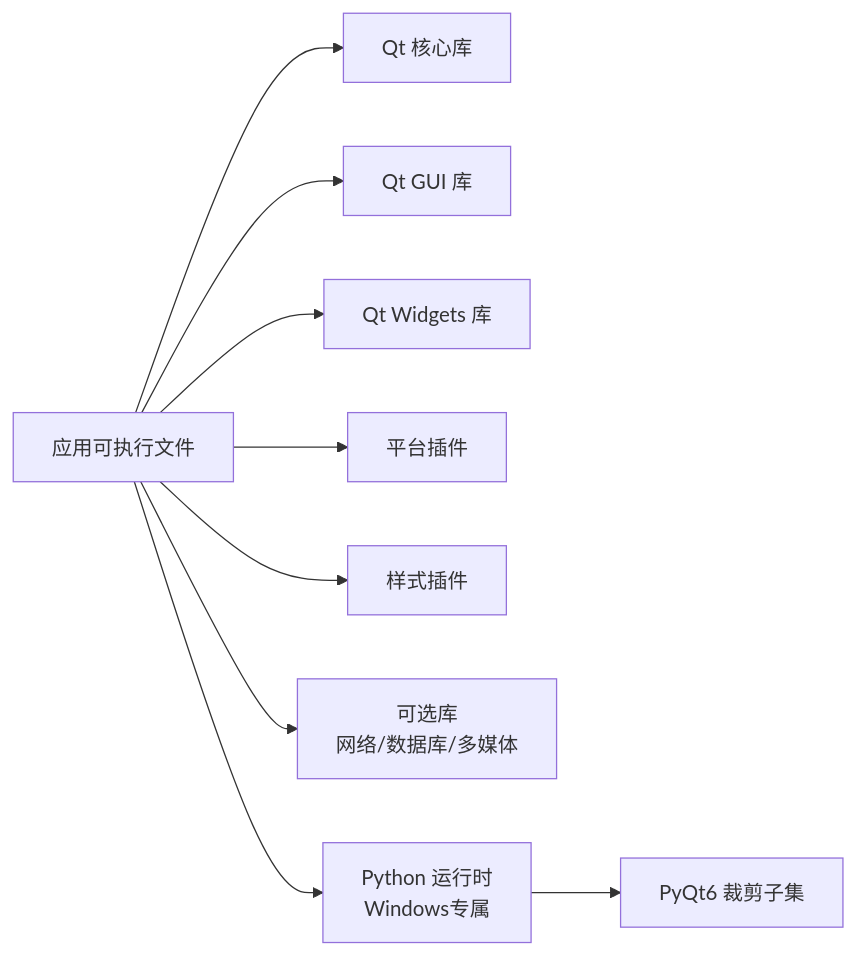
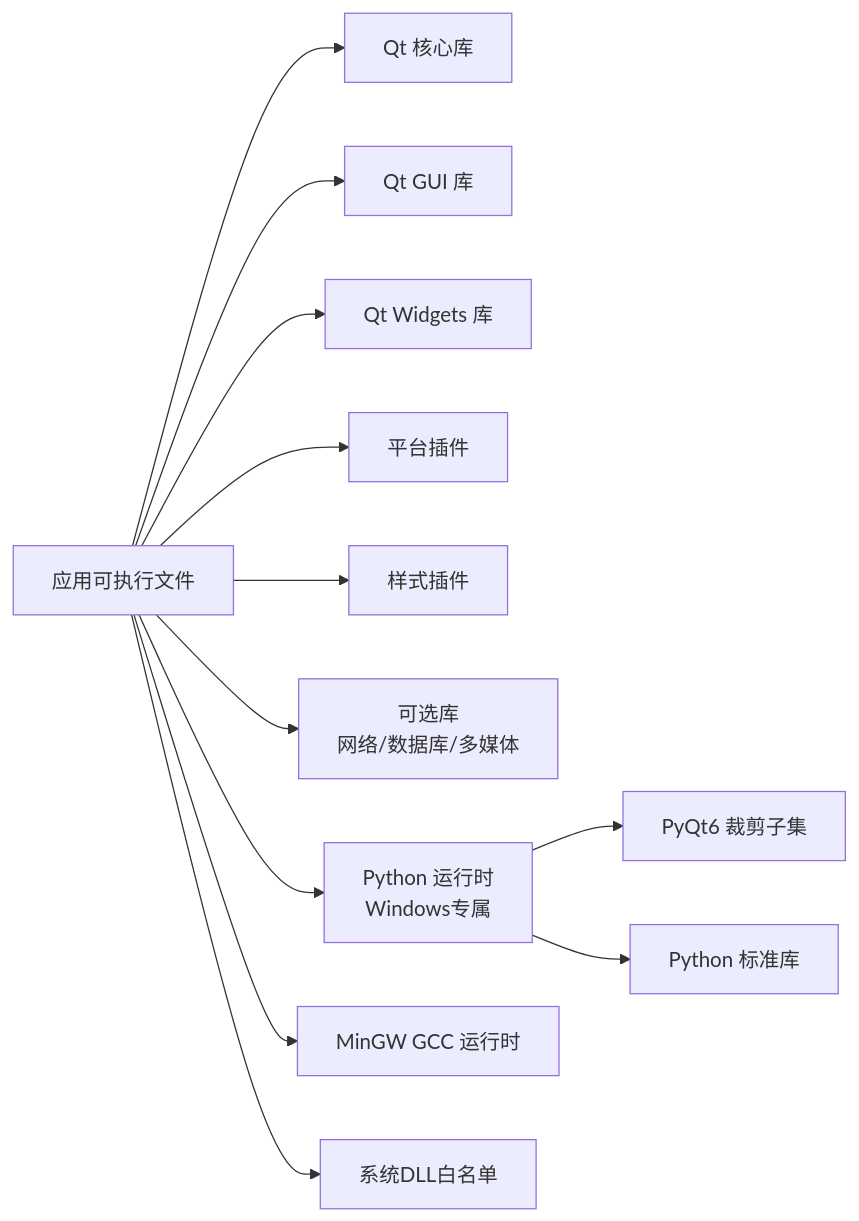
One commit to jakecai1225-design/OpenBus changed the third of 3 diagrams in .qoder/repowiki/zh/content/构建和部署/打包和部署.md. Above: the diagram before and after it, drawn with Mermaid. The commit also changed other lines of this file and 19 other files, not shown here.

````diff
--- a/.qoder/repowiki/zh/content/构建和部署/打包和部署.md
+++ b/.qoder/repowiki/zh/content/构建和部署/打包和部署.md
@@ -224,11 +265,14 @@
 ```mermaid
 graph LR
 App["应用可执行文件"] --> QtCore["Qt 核心库"]
 App --> QtGui["Qt GUI 库"]
 App --> QtWidgets["Qt Widgets 库"]
 App --> PlatformPlugin["平台插件"]
 App --> StylePlugin["样式插件"]
 App --> OptionalLib["可选库<br/>网络/数据库/多媒体"]
 App --> PythonRuntime["Python 运行时<br/>Windows专属"]
 PythonRuntime --> PyQt6["PyQt6 裁剪子集"]
+PythonRuntime --> StdLib["Python 标准库"]
+App --> MinGWRuntime["MinGW GCC 运行时"]
+App --> SystemDLLs["系统DLL白名单"]
 ```
````
